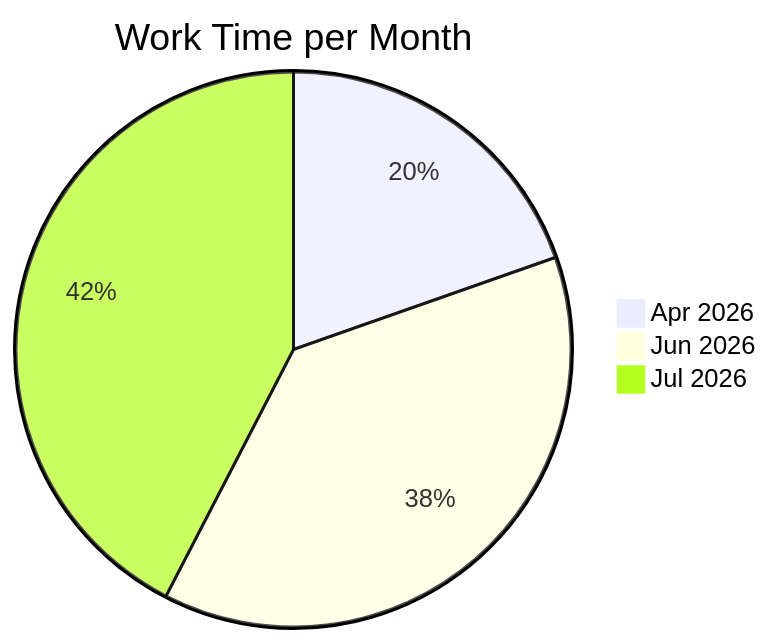
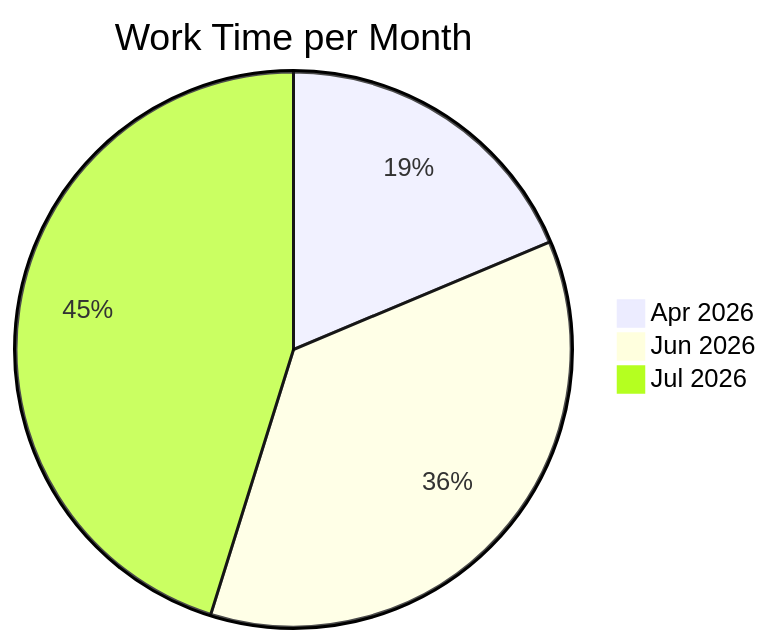
The diagram in README.md (notWetro/time-tracker), drawn with Mermaid before and after one commit. The commit also changed other lines of this file and 1 other file, not shown here.

Commit message:
updated worktime

````diff
--- a/README.md
+++ b/README.md
@@ -11,7 +11,7 @@
 ```mermaid
 pie
     title Work Time per Month
     "Apr 2026" : 3.1
     "Jun 2026" : 6.0
-    "Jul 2026" : 6.7
+    "Jul 2026" : 7.5
 ```
````
